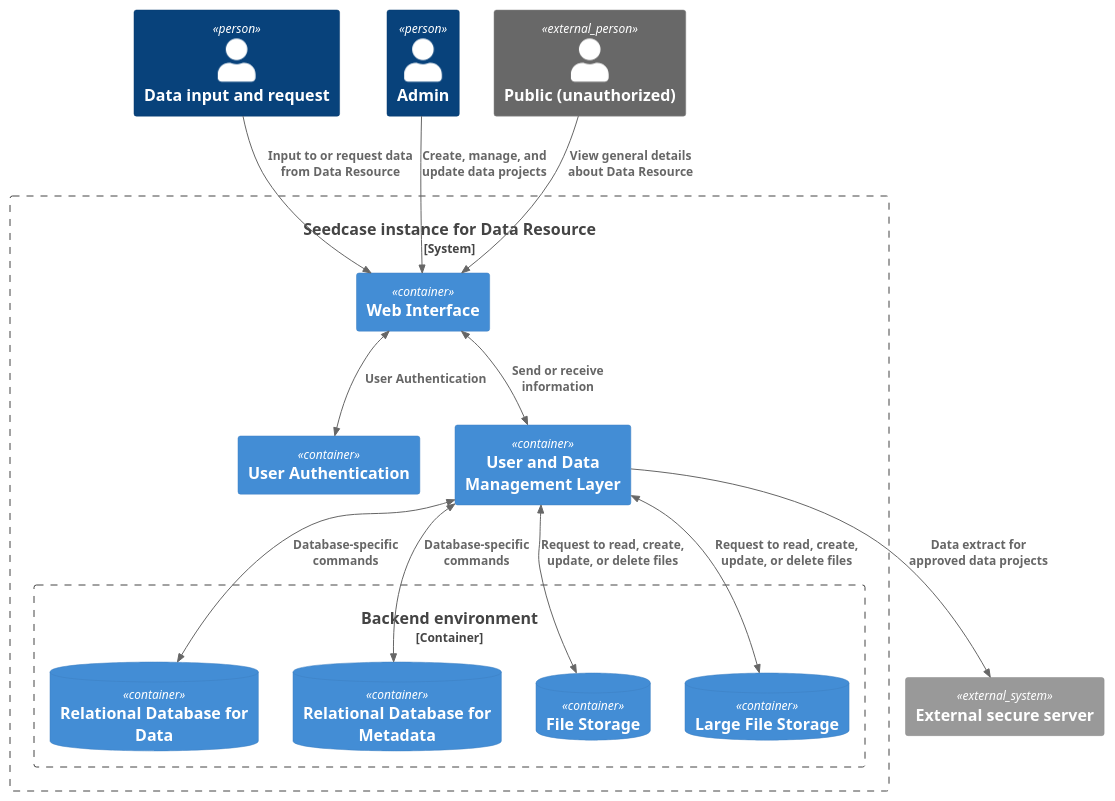
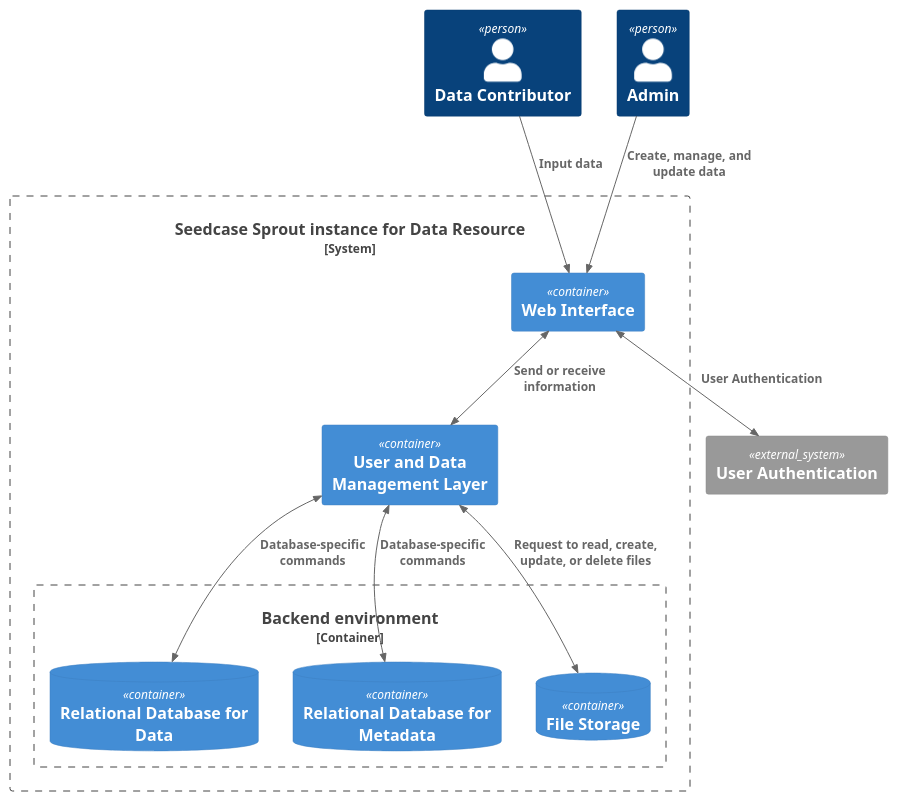
The diagram in docs/design/images/container.puml (signekb/seedcase-sprout), drawn with PlantUML before and after one commit.

Commit message:
fix: :building_construction: Update C4 container diagram

```diff
--- a/docs/design/images/container.puml
+++ b/docs/design/images/container.puml
@@ -1,34 +1,30 @@
-@startuml 
+@startuml container
 ' Container diagram showing overview of Seedcase
 !include https://raw.githubusercontent.com/plantuml-stdlib/C4-PlantUML/master/C4_Container.puml
 
-Person(user_request_input, "Data input and request")
+Person(user_request_input, "Data Contributor")
 Person(user_admin, "Admin")
-Person_Ext(user_public, "Public (unauthorized)")
 
-System_Boundary(seedcase, "Seedcase instance for Data Resource") {
+System_Boundary(seedcase, "Seedcase Sprout instance for Data Resource") {
   Container(web_framework, "Web Interface")
-  Container(id_authentication, "User Authentication")
   Container(management, "User and Data Management Layer")
+  ' Authentication inside or outside?
+  'Container(id_authentication, "User Authentication")
 
   Container_Boundary(backend, "Backend environment") {
     ContainerDb(backend_database_data, "Relational Database for Data")
     ContainerDb(backend_database_metadata, "Relational Database for Metadata")
     ContainerDb(backend_file_storage, "File Storage")
-    ContainerDb(backend_large_file_storage, "Large File Storage")
   }
 }
-System_Ext(external_server, "External secure server")
+System_Ext(id_authentication, "User Authentication")
 
-Rel(user_public, web_framework, "View general details about Data Resource")
-Rel(user_request_input, web_framework, "Input to or request data from Data Resource")
-Rel(user_admin, web_framework, "Create, manage, and update data projects")
+Rel(user_request_input, web_framework, "Input data")
+Rel(user_admin, web_framework, "Create, manage, and update data")
 BiRel(web_framework, id_authentication, "User Authentication")
 BiRel(web_framework, management, "Send or receive information")
 BiRel(management, backend_database_data, "Database-specific commands")
 BiRel(management, backend_database_metadata, "Database-specific commands")
 BiRel(management, backend_file_storage, "Request to read, create, update, or delete files")
-BiRel(management, backend_large_file_storage, "Request to read, create, update, or delete files")
-Rel(management, external_server, "Data extract for approved data projects")
 
 @enduml
```
